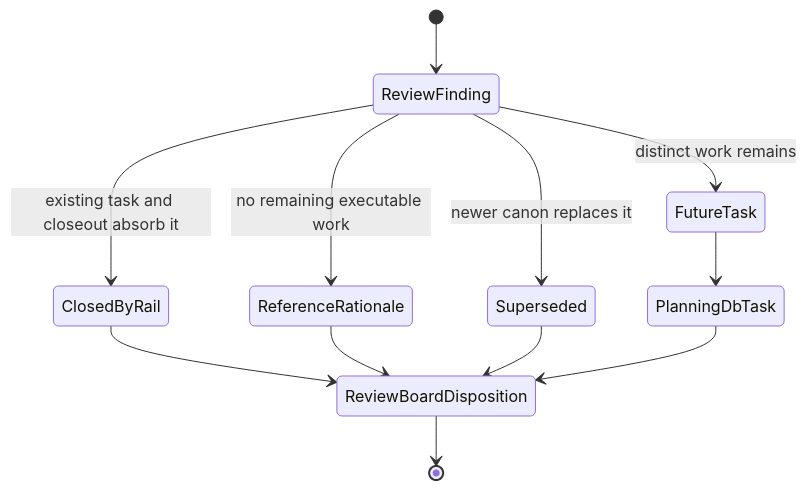
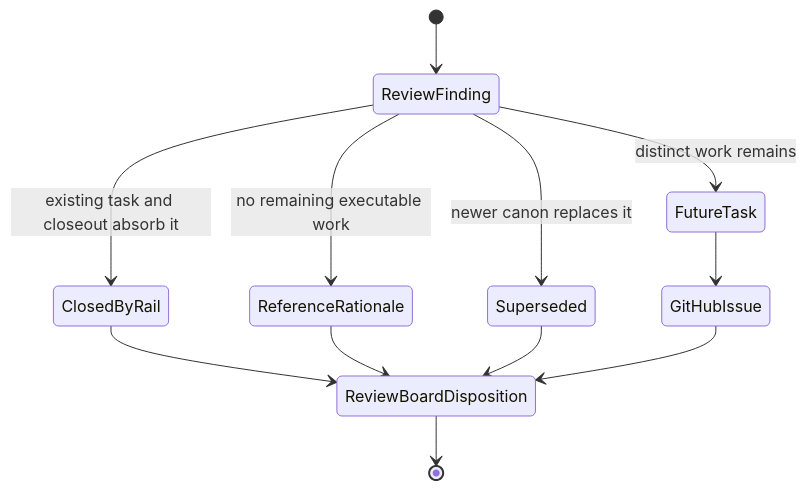
One commit to dunay2/dvt changed the first of 2 diagrams in docs/architecture/components/api/runtime-review-canon-component.md. Above: the diagram before and after it, drawn with Mermaid. The commit also changed other lines of this file and 505 other files, not shown here.

````diff
--- a/docs/architecture/components/api/runtime-review-canon-component.md
+++ b/docs/architecture/components/api/runtime-review-canon-component.md
@@ -48,14 +48,14 @@
 ```mermaid
 stateDiagram-v2
   [*] --> ReviewFinding
   ReviewFinding --> ClosedByRail: existing task and closeout absorb it
   ReviewFinding --> ReferenceRationale: no remaining executable work
   ReviewFinding --> FutureTask: distinct work remains
   ReviewFinding --> Superseded: newer canon replaces it
   ClosedByRail --> ReviewBoardDisposition
   ReferenceRationale --> ReviewBoardDisposition
-  FutureTask --> PlanningDbTask
+  FutureTask --> GitHubIssue
   Superseded --> ReviewBoardDisposition
-  PlanningDbTask --> ReviewBoardDisposition
+  GitHubIssue --> ReviewBoardDisposition
   ReviewBoardDisposition --> [*]
 ```
````
